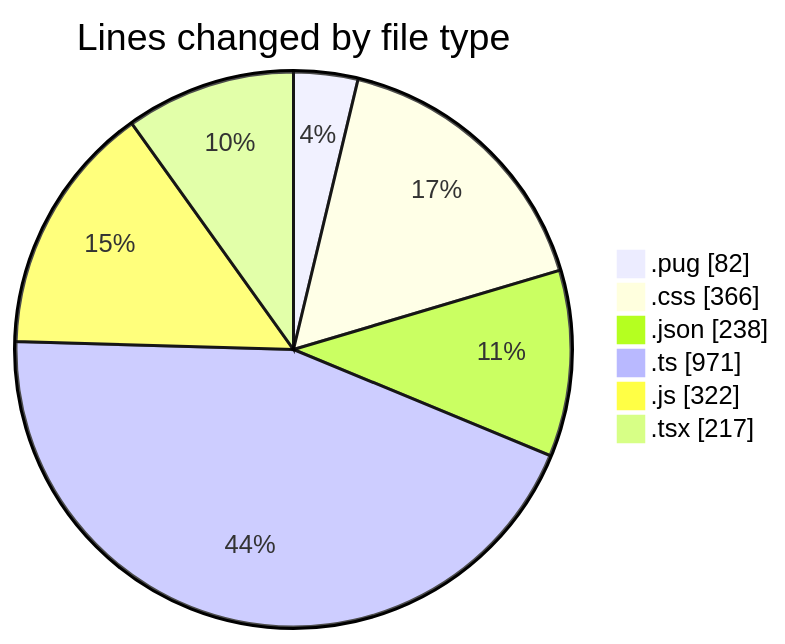
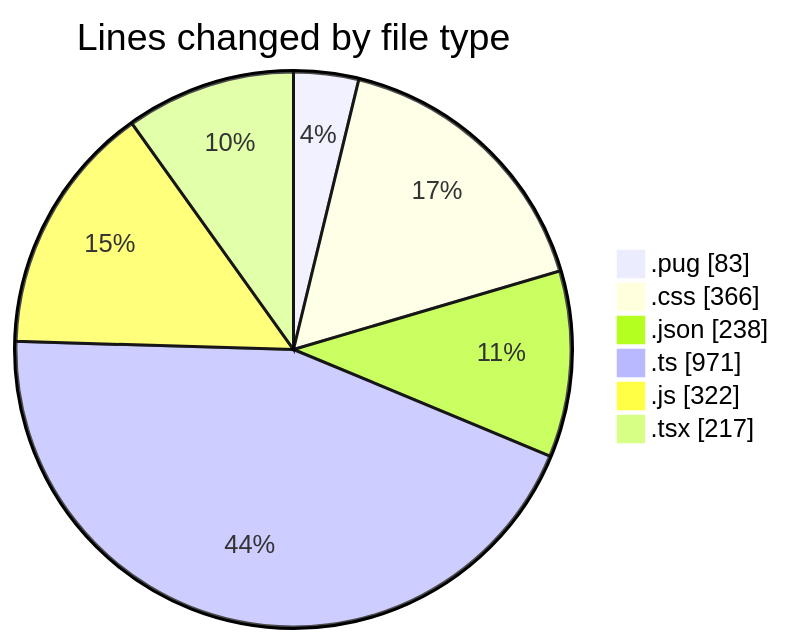
One commit to momahboobian/code-tracking changed the first of 2 diagrams in 2025-11-05/cda/README.md. Above: the diagram before and after it, drawn with Mermaid. The commit also changed other lines of this file and 1 other file, not shown here.

````diff
--- a/2025-11-05/cda/README.md
+++ b/2025-11-05/cda/README.md
@@ -26,10 +26,10 @@
 ```mermaid
 pie showData
 title Lines changed by file type
-".pug" : 82
+".pug" : 83
 ".css" : 366
 ".json" : 238
 ".ts" : 971
 ".js" : 322
 ".tsx" : 217
 ```
````
